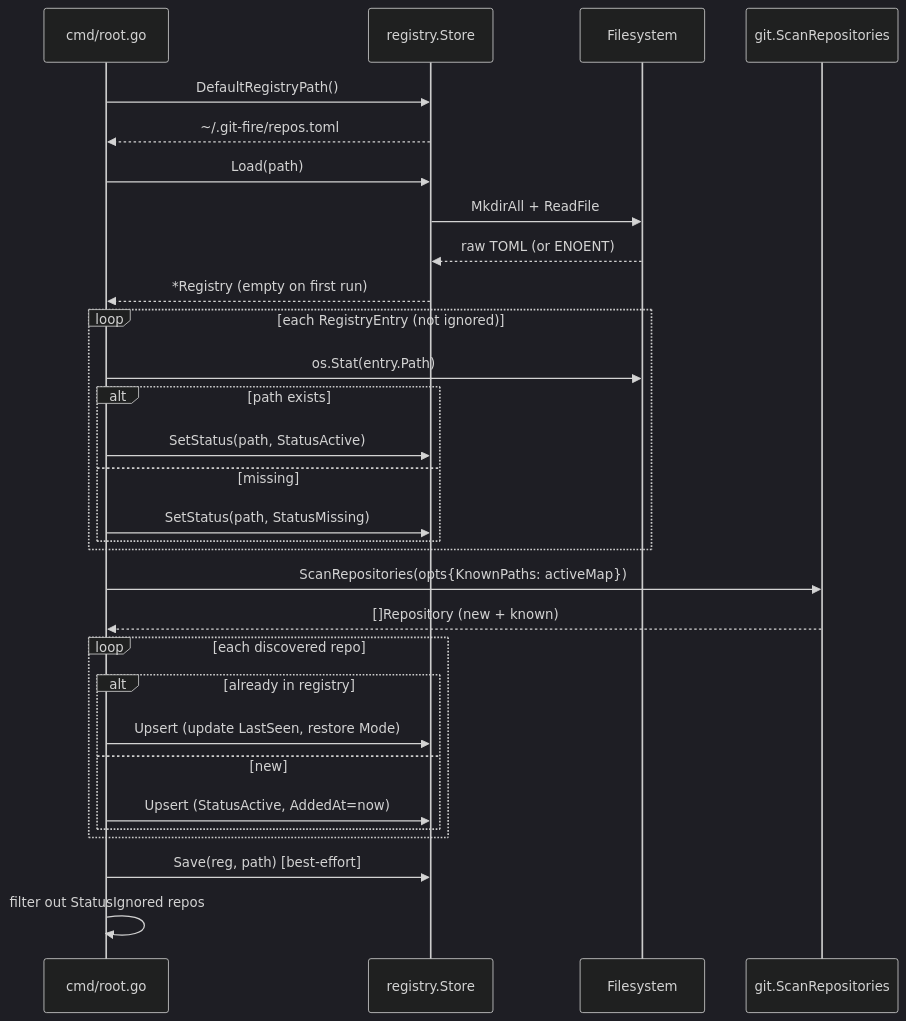
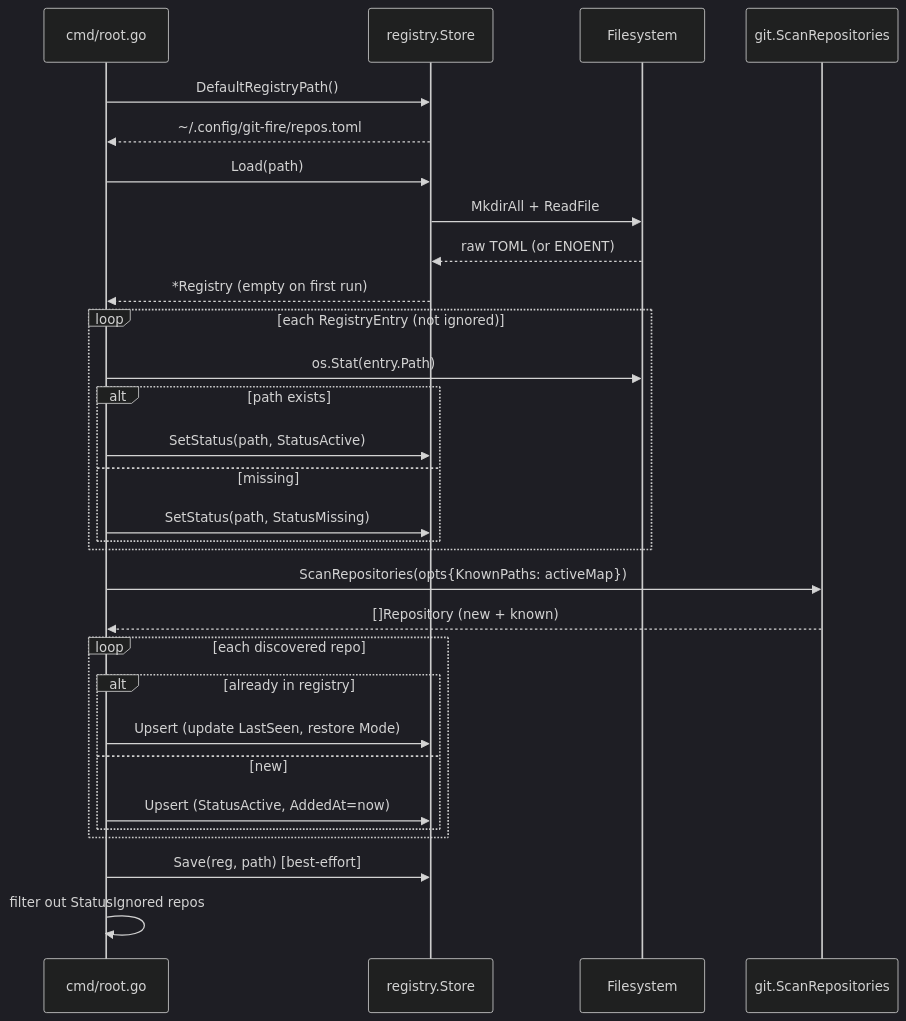
The first of 4 diagrams in docs/REGISTRY.md (git-fire/git-fire), drawn with Mermaid (dark theme) before and after one commit. The commit also changed other lines of this file and 16 other files, not shown here.

````diff
--- a/docs/REGISTRY.md
+++ b/docs/REGISTRY.md
@@ -9,38 +9,38 @@
 ```mermaid
 sequenceDiagram
     participant Main as cmd/root.go
     participant Reg as registry.Store
     participant FS as Filesystem
     participant Scanner as git.ScanRepositories
 
     Main->>Reg: DefaultRegistryPath()
-    Reg-->>Main: ~/.git-fire/repos.toml
+    Reg-->>Main: ~/.config/git-fire/repos.toml
 
     Main->>Reg: Load(path)
     Reg->>FS: MkdirAll + ReadFile
     FS-->>Reg: raw TOML (or ENOENT)
     Reg-->>Main: *Registry (empty on first run)
 
     loop each RegistryEntry (not ignored)
         Main->>FS: os.Stat(entry.Path)
         alt path exists
             Main->>Reg: SetStatus(path, StatusActive)
         else missing
             Main->>Reg: SetStatus(path, StatusMissing)
         end
     end
 
     Main->>Scanner: ScanRepositories(opts{KnownPaths: activeMap})
     Scanner-->>Main: []Repository (new + known)
 
     loop each discovered repo
         alt already in registry
             Main->>Reg: Upsert (update LastSeen, restore Mode)
         else new
             Main->>Reg: Upsert (StatusActive, AddedAt=now)
         end
     end
 
     Main->>Reg: Save(reg, path)   [best-effort]
     Main->>Main: filter out StatusIgnored repos
 ```
````
